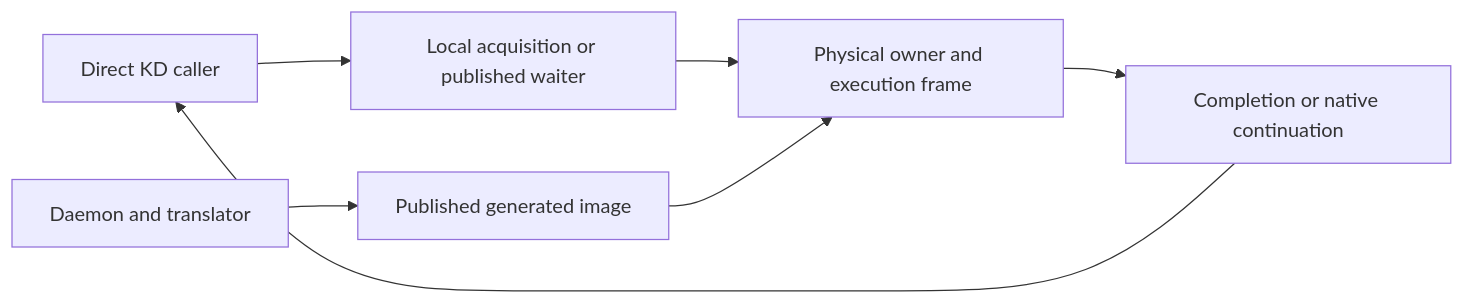
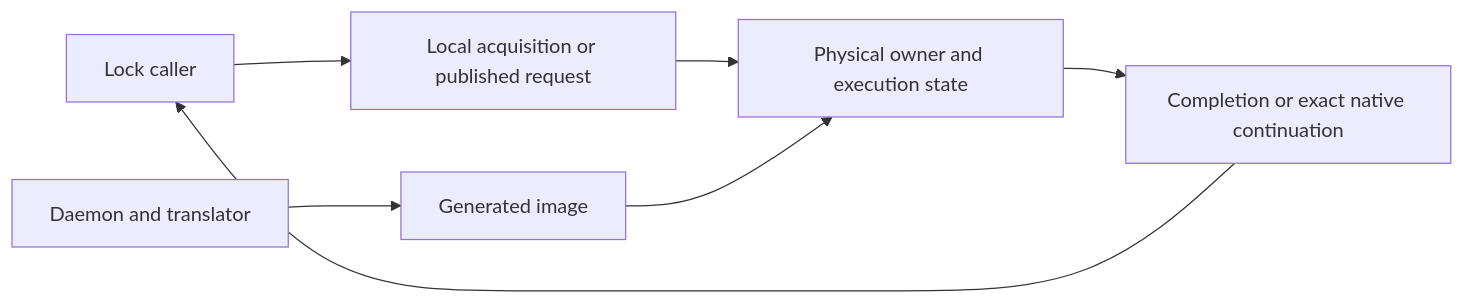
One commit to hailongeric/kdlock changed the diagram in docs/DESIGN.md. Above: the diagram before and after it, drawn with Mermaid. The commit also changed other lines of this file and 39 other files, not shown here.

````diff
--- a/docs/DESIGN.md
+++ b/docs/DESIGN.md
@@ -30,9 +25,9 @@
 ```mermaid
 flowchart LR
-    Caller[Direct KD caller] --> Lock[Local acquisition or published waiter]
-    Lock --> Executor[Physical owner and execution frame]
-    Daemon[Daemon and translator] --> Image[Published generated image]
+    Caller[Lock caller] --> Lock[Local acquisition or published request]
+    Lock --> Executor[Physical owner and execution state]
+    Daemon[Daemon and translator] --> Image[Generated image]
     Image --> Executor
-    Executor --> Return[Completion or native continuation]
+    Executor --> Return[Completion or exact native continuation]
     Return --> Caller
 ```
````
